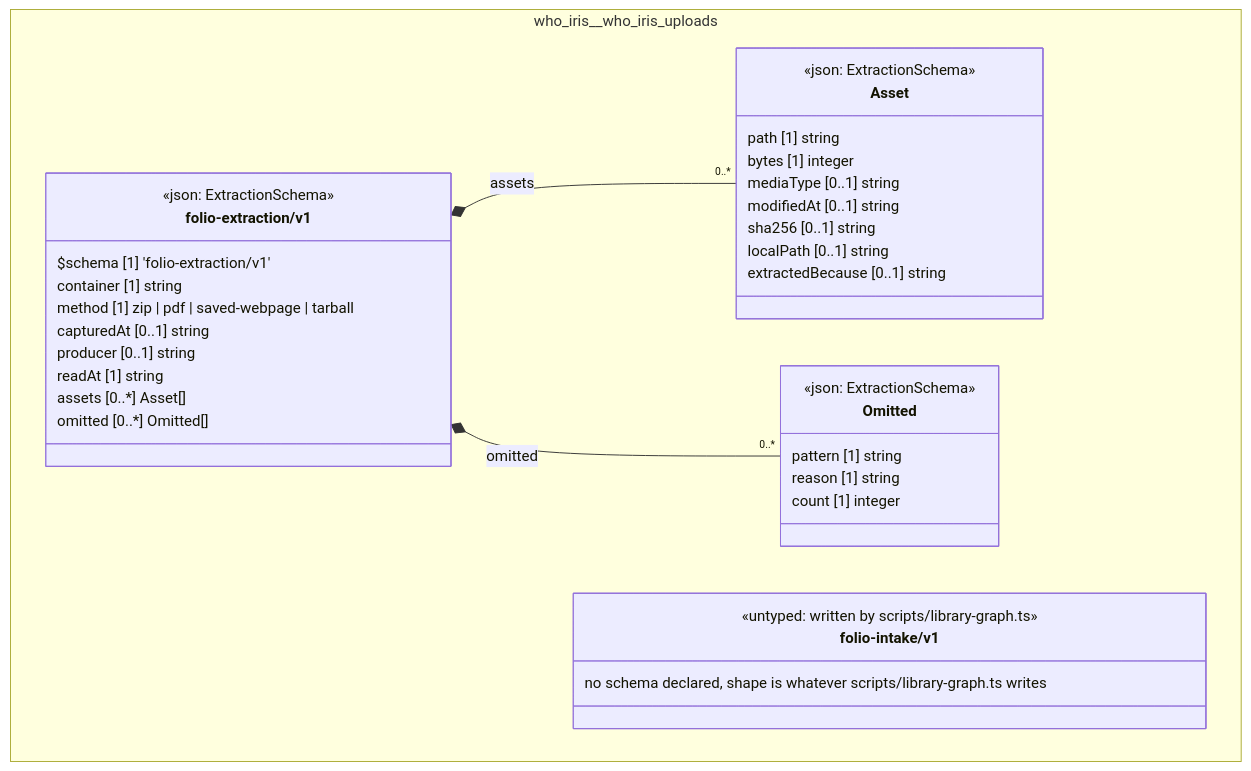
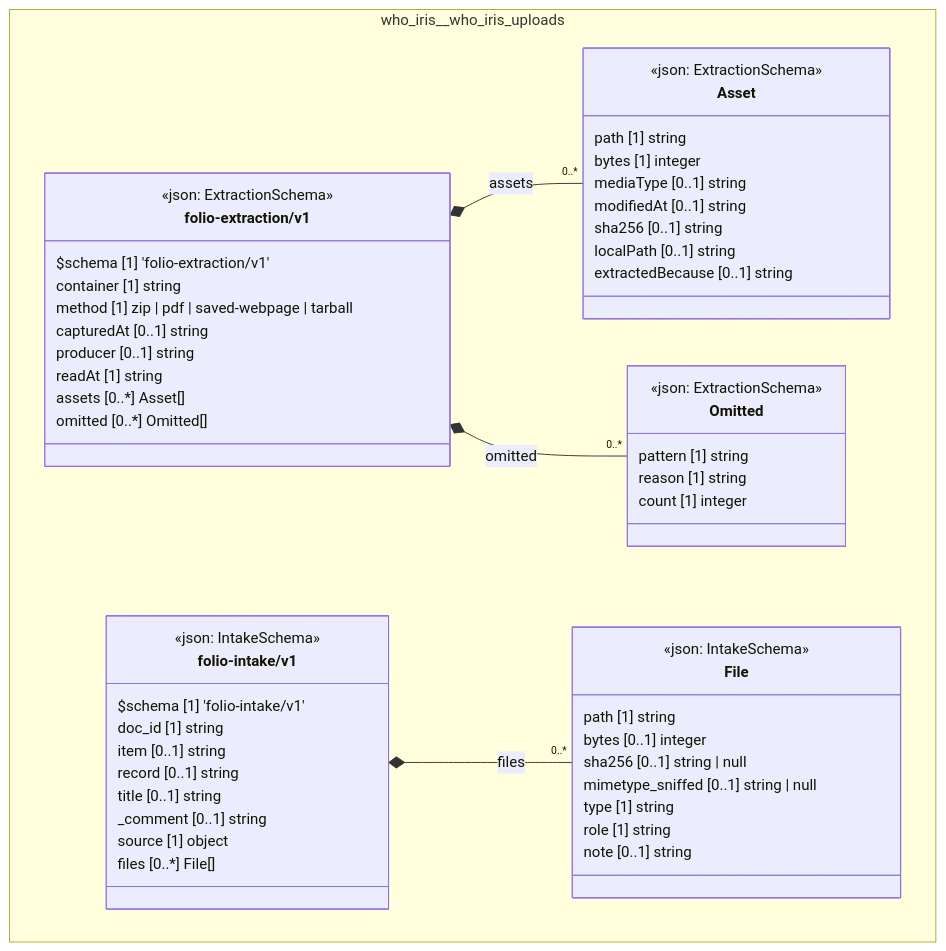
Before and after one commit to litlfred/folio-assistant: the diagram in cat-harness/uml/overview/who-iris/who-iris-uploads.mmd, drawn with Mermaid. The commit also changed 47 other files, not shown here.

```diff
--- a/cat-harness/uml/overview/who-iris/who-iris-uploads.mmd
+++ b/cat-harness/uml/overview/who-iris/who-iris-uploads.mmd
@@ -1,41 +1,60 @@
 classDiagram
   direction TB
   namespace who_iris__who_iris_uploads {
     class who_iris_who_iris_uploads_folio_extraction_v1_Asset["Asset"] {
       <<json: ExtractionSchema>>
       path [1] string
       bytes [1] integer
       mediaType [0..1] string
       modifiedAt [0..1] string
       sha256 [0..1] string
       localPath [0..1] string
       extractedBecause [0..1] string
     }
     class who_iris_who_iris_uploads_folio_extraction_v1_Omitted["Omitted"] {
       <<json: ExtractionSchema>>
       pattern [1] string
       reason [1] string
       count [1] integer
     }
     class who_iris_who_iris_uploads_folio_extraction_v1_folio_extraction_v1["folio-extraction/v1"] {
       <<json: ExtractionSchema>>
       $schema [1] 'folio-extraction/v1'
       container [1] string
       method [1] zip | pdf | saved-webpage | tarball
       capturedAt [0..1] string
       producer [0..1] string
       readAt [1] string
       assets [0..*] Asset[]
       omitted [0..*] Omitted[]
     }
-    class who_iris_who_iris_uploads_folio_intake_v1["folio-intake/v1"] {
-      <<untyped: written by scripts/library-graph.ts>>
-      no schema declared, shape is whatever scripts/library-graph.ts writes
+    class who_iris_who_iris_uploads_folio_intake_v1_File["File"] {
+      <<json: IntakeSchema>>
+      path [1] string
+      bytes [0..1] integer
+      sha256 [0..1] string | null
+      mimetype_sniffed [0..1] string | null
+      type [1] string
+      role [1] string
+      note [0..1] string
+    }
+    class who_iris_who_iris_uploads_folio_intake_v1_folio_intake_v1["folio-intake/v1"] {
+      <<json: IntakeSchema>>
+      $schema [1] 'folio-intake/v1'
+      doc_id [1] string
+      item [0..1] string
+      record [0..1] string
+      title [0..1] string
+      _comment [0..1] string
+      source [1] object
+      files [0..*] File[]
     }
   }
   who_iris_who_iris_uploads_folio_extraction_v1_folio_extraction_v1 *-- "0..*" who_iris_who_iris_uploads_folio_extraction_v1_Asset : assets
   who_iris_who_iris_uploads_folio_extraction_v1_folio_extraction_v1 *-- "0..*" who_iris_who_iris_uploads_folio_extraction_v1_Omitted : omitted
+  who_iris_who_iris_uploads_folio_intake_v1_folio_intake_v1 *-- "0..*" who_iris_who_iris_uploads_folio_intake_v1_File : files
   cssClass "who_iris_who_iris_uploads_folio_extraction_v1_Asset" fa_uml_kind_uploads
   cssClass "who_iris_who_iris_uploads_folio_extraction_v1_Omitted" fa_uml_kind_uploads
   cssClass "who_iris_who_iris_uploads_folio_extraction_v1_folio_extraction_v1" fa_uml_kind_uploads
-  cssClass "who_iris_who_iris_uploads_folio_intake_v1" fa_uml_kind_uploads
+  cssClass "who_iris_who_iris_uploads_folio_intake_v1_File" fa_uml_kind_uploads
+  cssClass "who_iris_who_iris_uploads_folio_intake_v1_folio_intake_v1" fa_uml_kind_uploads
```
